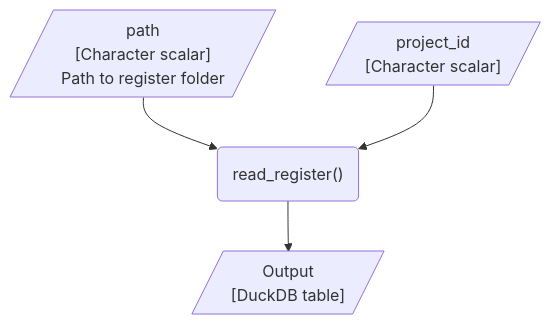
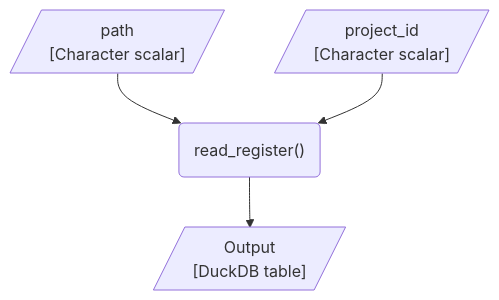
Before and after one commit to dp-next/registers2parquet: the third of 3 diagrams in vignettes/design.qmd, drawn with Mermaid.

Commit message:
docs: :pencil2: remove description from path in `read_register()` function flow
It's not needed and the other arguments don't have descriptions either.

````diff
--- a/vignettes/design.qmd
+++ b/vignettes/design.qmd
@@ -93,17 +93,17 @@
 ```{mermaid}
 %%| label: fig-flow-use
 %%| fig-cap: "Flow of the expected flow of reading a Parquet register that was created with the `registers2parquet` package."
 %%| fig-alt: "A flowchart showing the expected flow of reading a Parquet register created with the `registers2parquet` package. It includes using the register name to read a specific register into the R session using the `read_register_parquet()` function, which outputs the register as a DuckDB table."
 flowchart TD
 
     project_id[/"project_id<br>[Character scalar]"/]
-    path[/"path<br>[Character scalar]<br>Path to register folder"/]
+    path[/"path<br>[Character scalar]"/]
 
     read_register("read_register()")
 
     output[/"Output<br>[DuckDB table]"/]
 
     %% Edges
     path & project_id --> read_register --> output
 
 ```
````
